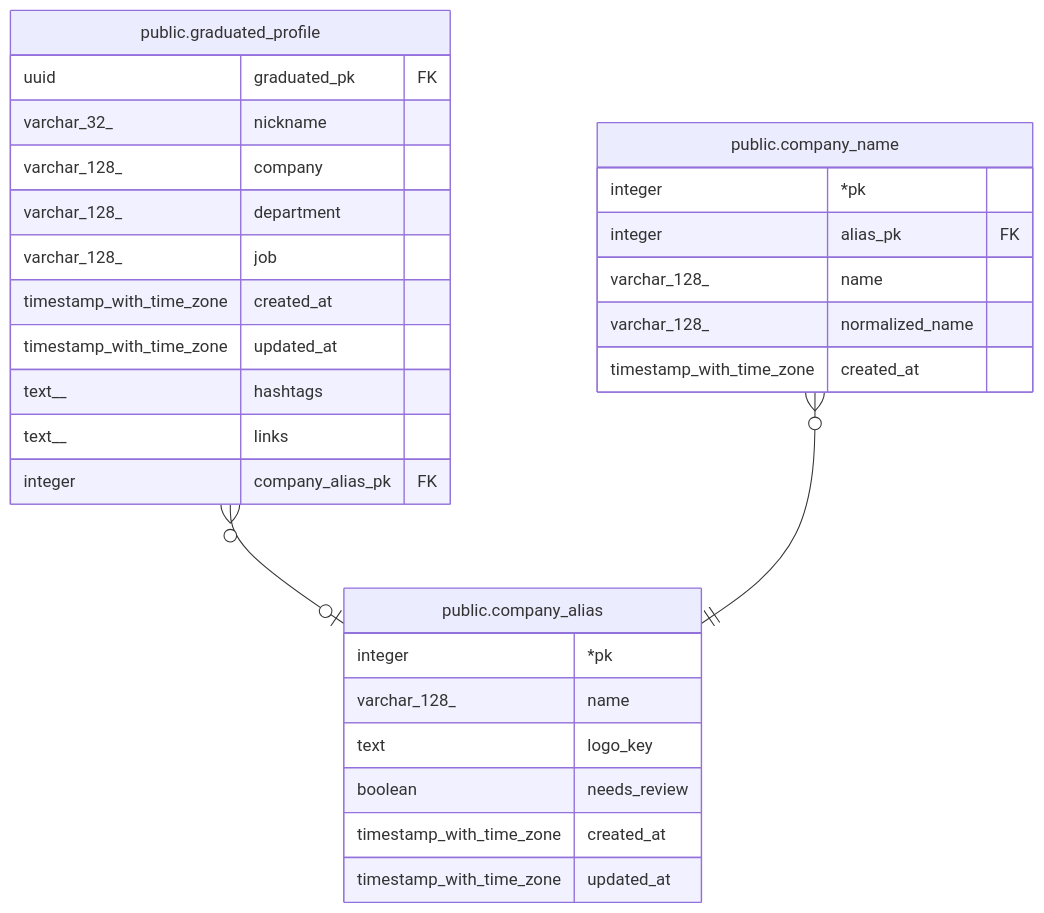
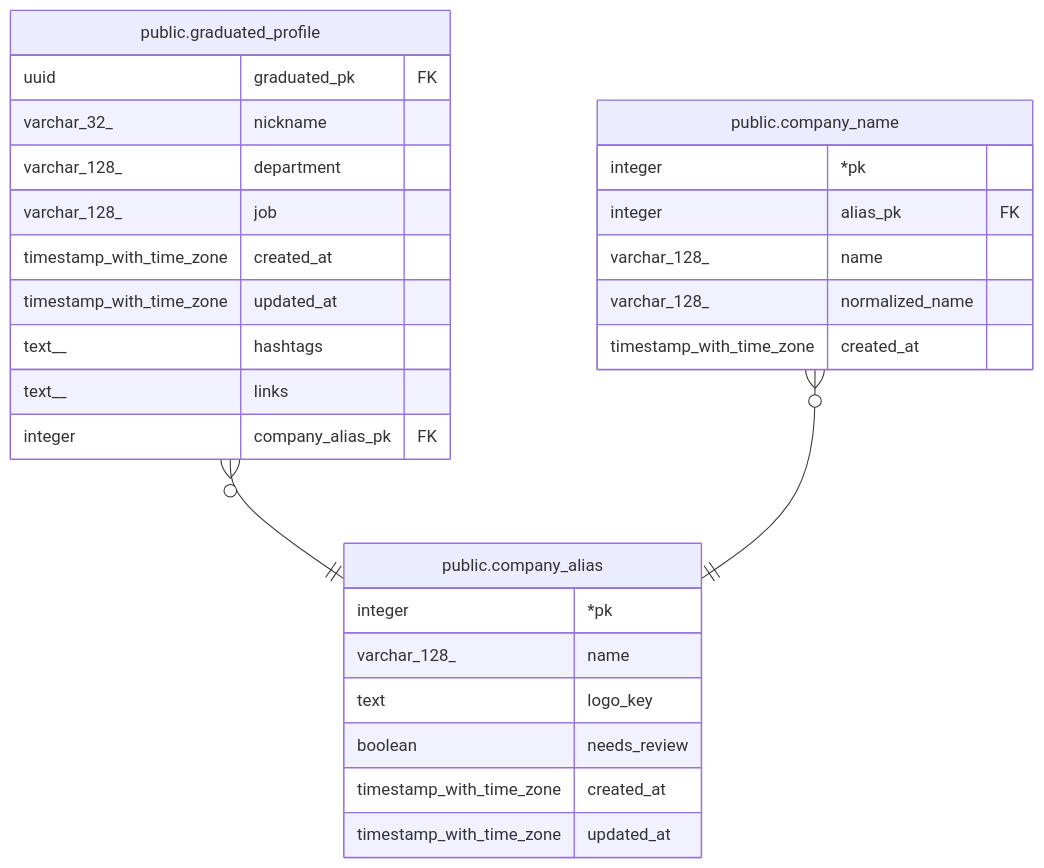
The diagram in docs/schema/public.company_alias.md (gsainfoteam/cheers-be), drawn with Mermaid before and after one commit. The commit also changed 9 other files, not shown here.

Commit message:
- docs: update schema docs and sequence diagrams for company column removal (CRB-73)

````diff
--- a/docs/schema/public.company_alias.md
+++ b/docs/schema/public.company_alias.md
@@ -34,34 +34,33 @@
 ```mermaid
 erDiagram
 
-"public.graduated_profile" }o--o| "public.company_alias" : ""
+"public.graduated_profile" }o--|| "public.company_alias" : ""
 "public.company_name" }o--|| "public.company_alias" : ""
 
 "public.company_alias" {
   integer *pk
   varchar_128_ name
   text logo_key
   boolean needs_review
   timestamp_with_time_zone created_at
   timestamp_with_time_zone updated_at
 }
 "public.graduated_profile" {
   uuid graduated_pk FK
   varchar_32_ nickname
-  varchar_128_ company
   varchar_128_ department
   varchar_128_ job
   timestamp_with_time_zone created_at
   timestamp_with_time_zone updated_at
   text__ hashtags
   text__ links
   integer company_alias_pk FK
 }
 "public.company_name" {
   integer *pk
   integer alias_pk FK
   varchar_128_ name
   varchar_128_ normalized_name
   timestamp_with_time_zone created_at
 }
 ```
````
